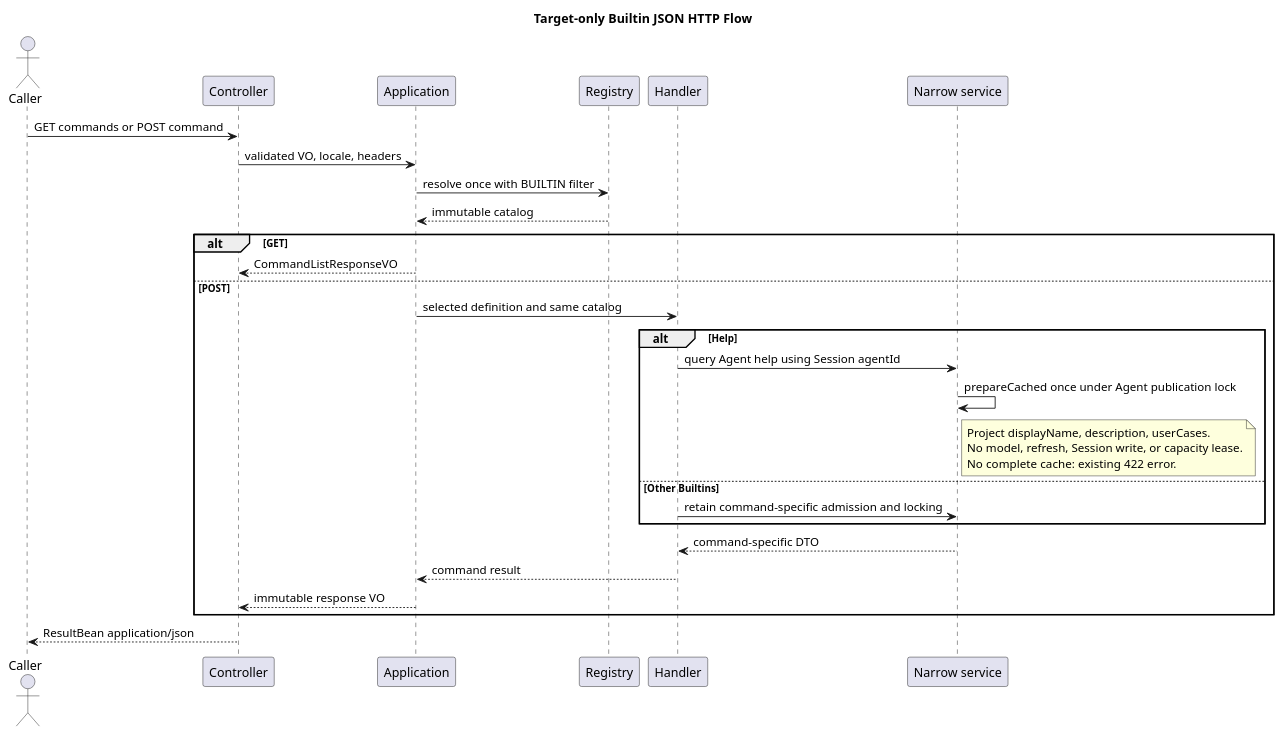
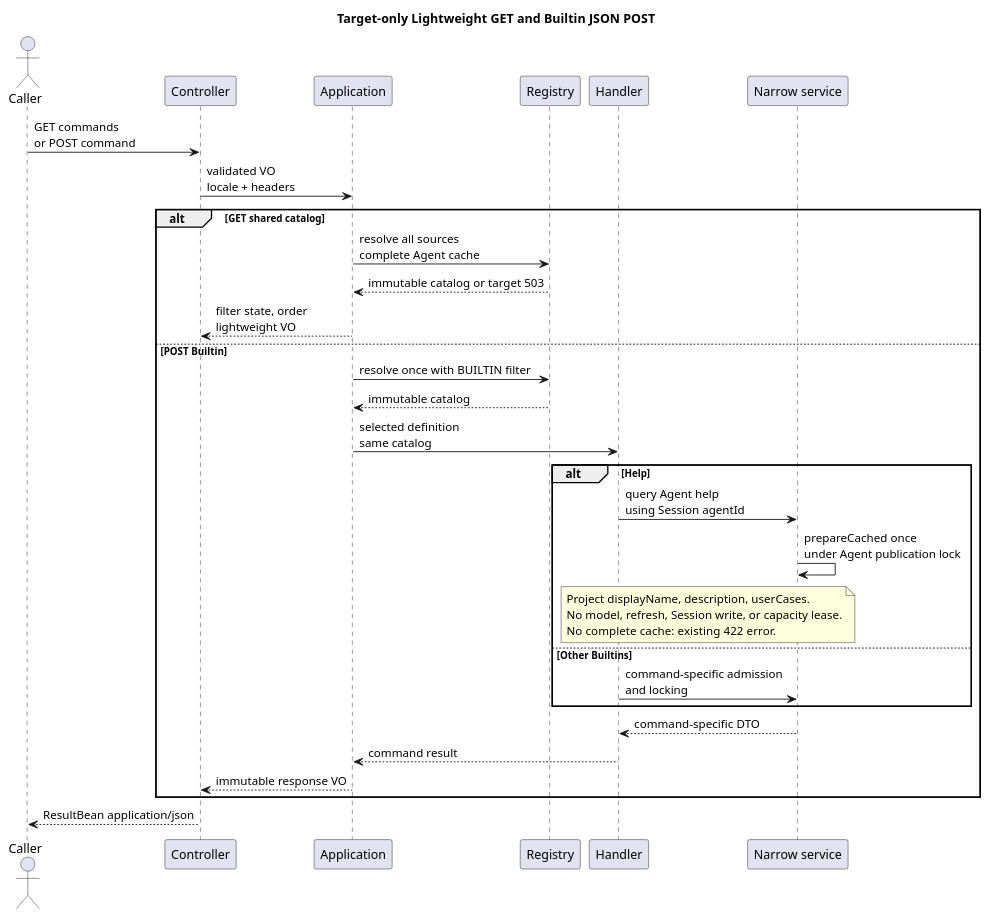
The first of 2 diagrams in 01-总体架构/01-CampusClaw多Agent运行时/设计图/Command/diagram.puml (ssm0808/pi-mono-java-design), drawn with PlantUML before and after one commit. The commit also changed 34 other files, not shown here.

Commit message:
docs(command): 合入轻量 GET 设计并核查同步遗漏

```diff
--- a/01-总体架构/01-CampusClaw多Agent运行时/设计图/Command/diagram.puml
+++ b/01-总体架构/01-CampusClaw多Agent运行时/设计图/Command/diagram.puml
@@ -1,38 +1,42 @@
 @startuml command_http_flow
-title Target-only Builtin JSON HTTP Flow
+title Target-only Lightweight GET and Builtin JSON POST
 ' Source evidence: pi-mono-java@d84dd3d6 modules/coding-agent-cli/src/main/java/com/campusclaw/codingagent/runtimeapi/web/RuntimeSessionController.java getSession.
 ' Architecture change: command routes use ResultBean JSON and no request SSE.
+' Source evidence: pi-mono-java@6f52fddc modules/coding-agent-cli/src/main/java/com/campusclaw/codingagent/runtimeapi/service/command/CompositeCommandRegistry.java resolve.
+' Product decision: GET uses full sources and state-filtered name/kind/description/input; POST keeps locked admission.
 ' Source evidence: pi-mono-java@d8e22562 modules/coding-agent-cli/src/main/java/com/campusclaw/codingagent/runtime/AgentRuntimeManager.java prepareCached and toRuntime.
 ' Product decision: Help uses authored Agent metadata; it does not format the command catalog.
 skinparam shadowing false
 actor Caller
 participant Controller
 participant Application
 participant Registry
 participant Handler
 participant "Narrow service" as Service
-Caller -> Controller : GET commands or POST command
-Controller -> Application : validated VO, locale, headers
-Application -> Registry : resolve once with BUILTIN filter
-Registry --> Application : immutable catalog
-alt GET
-  Application --> Controller : CommandListResponseVO
-else POST
-  Application -> Handler : selected definition and same catalog
+Caller -> Controller : GET commands\nor POST command
+Controller -> Application : validated VO\nlocale + headers
+alt GET shared catalog
+  Application -> Registry : resolve all sources\ncomplete Agent cache
+  Registry --> Application : immutable catalog or target 503
+  Application --> Controller : filter state, order\nlightweight VO
+else POST Builtin
+  Application -> Registry : resolve once with BUILTIN filter
+  Registry --> Application : immutable catalog
+  Application -> Handler : selected definition\nsame catalog
   alt Help
-    Handler -> Service : query Agent help using Session agentId
-    Service -> Service : prepareCached once under Agent publication lock
-    note right of Service
+    Handler -> Service : query Agent help\nusing Session agentId
+    Service -> Service : prepareCached once\nunder Agent publication lock
+    note over Handler, Service
       Project displayName, description, userCases.
       No model, refresh, Session write, or capacity lease.
       No complete cache: existing 422 error.
     end note
   else Other Builtins
-    Handler -> Service : retain command-specific admission and locking
+    Handler -> Service : command-specific admission\nand locking
   end
   Service --> Handler : command-specific DTO
   Handler --> Application : command result
   Application --> Controller : immutable response VO
 end
 Controller --> Caller : ResultBean application/json
 @enduml
```
